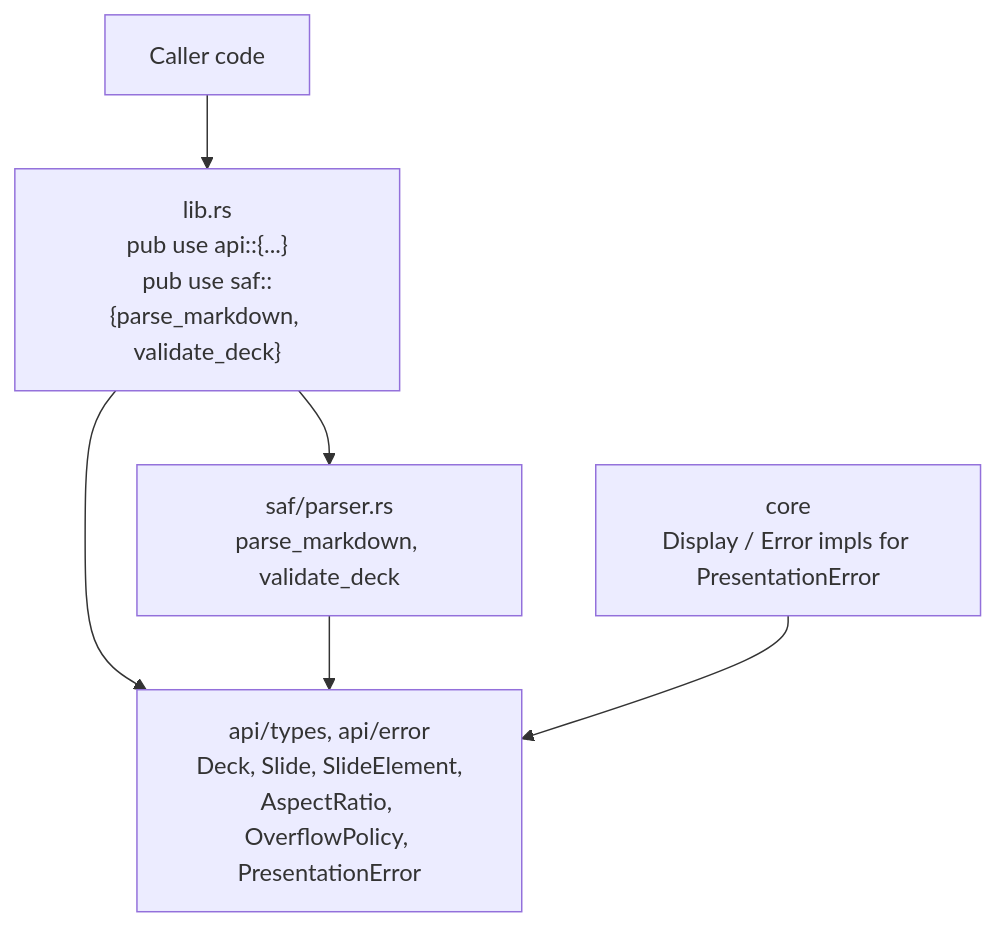
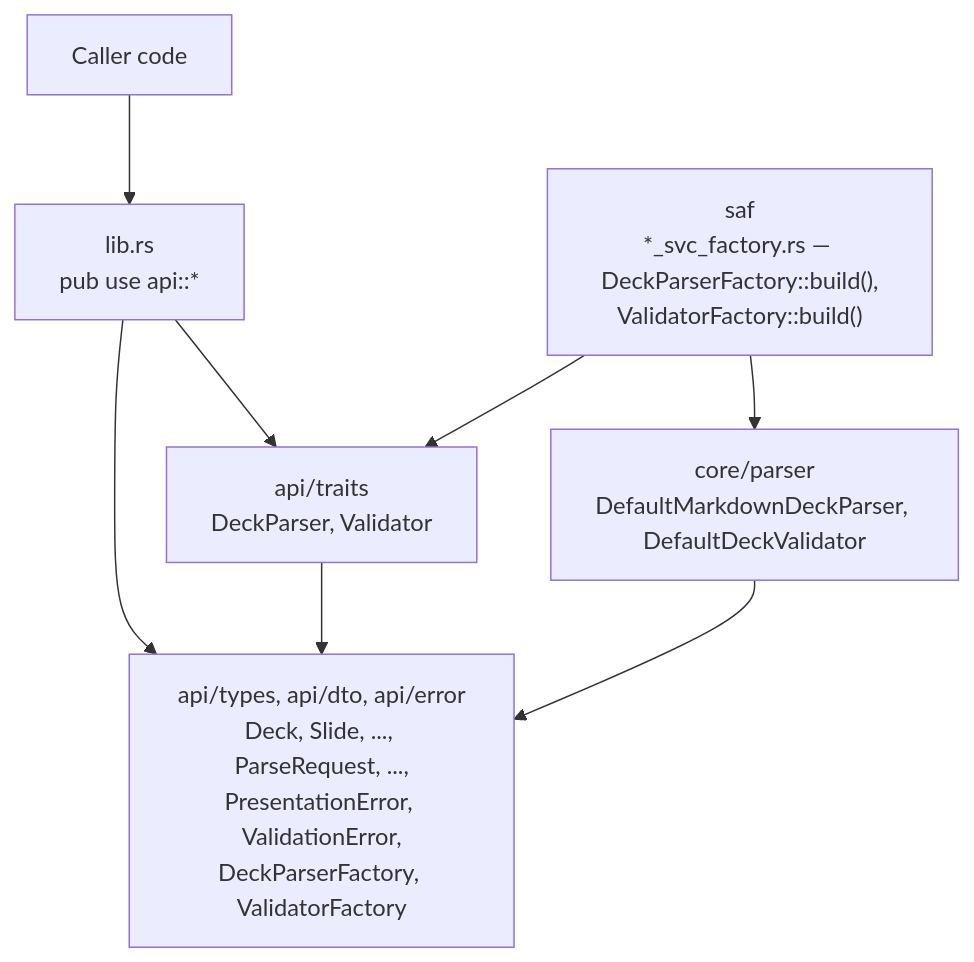
Before and after one commit to sweengineeringlabs/pdf-engine-presentation: the first of 2 diagrams in docs/3-design/architecture.md, drawn with Mermaid. The commit also changed other lines of this file and 43 other files, not shown here.

First line of the commit message:
Convert to trait-based API, add Validator, resolve remaining layer findings

````diff
--- a/docs/3-design/architecture.md
+++ b/docs/3-design/architecture.md
@@ -21,14 +30,17 @@
 ```mermaid
 graph TD
     Caller["Caller code"]
-    Lib["lib.rs<br/>pub use api::{...}<br/>pub use saf::{parse_markdown, validate_deck}"]
-    Api["api/types, api/error<br/>Deck, Slide, SlideElement,<br/>AspectRatio, OverflowPolicy, PresentationError"]
-    Core["core<br/>Display / Error impls for PresentationError"]
-    Saf["saf/parser.rs<br/>parse_markdown, validate_deck"]
+    Lib["lib.rs<br/>pub use api::*"]
+    ApiTraits["api/traits<br/>DeckParser, Validator"]
+    ApiTypes["api/types, api/dto, api/error<br/>Deck, Slide, ..., ParseRequest, ...,<br/>PresentationError, ValidationError,<br/>DeckParserFactory, ValidatorFactory"]
+    Core["core/parser<br/>DefaultMarkdownDeckParser, DefaultDeckValidator"]
+    Saf["saf<br/>*_svc_factory.rs — DeckParserFactory::build(),<br/>ValidatorFactory::build()"]
 
     Caller --> Lib
-    Lib --> Api
-    Lib --> Saf
-    Saf --> Api
-    Core --> Api
+    Lib --> ApiTraits
+    Lib --> ApiTypes
+    ApiTraits --> ApiTypes
+    Saf --> ApiTraits
+    Saf --> Core
+    Core --> ApiTypes
 ```
````
